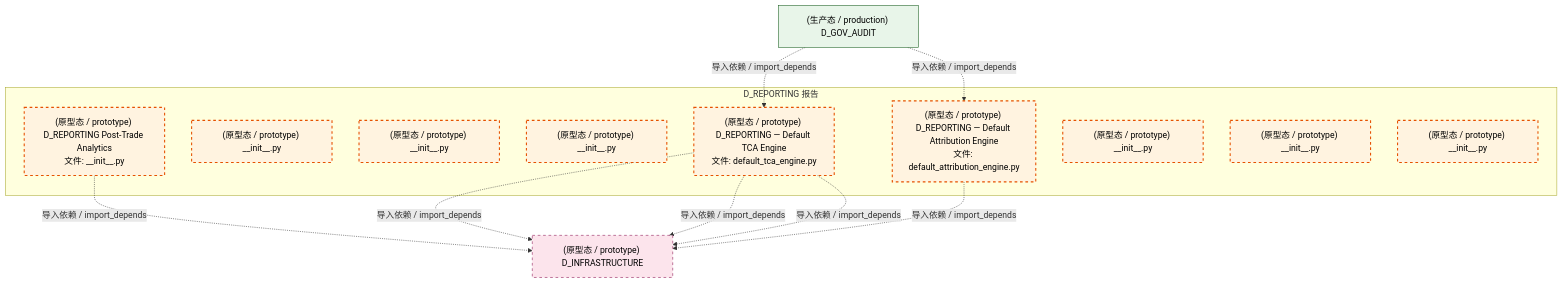
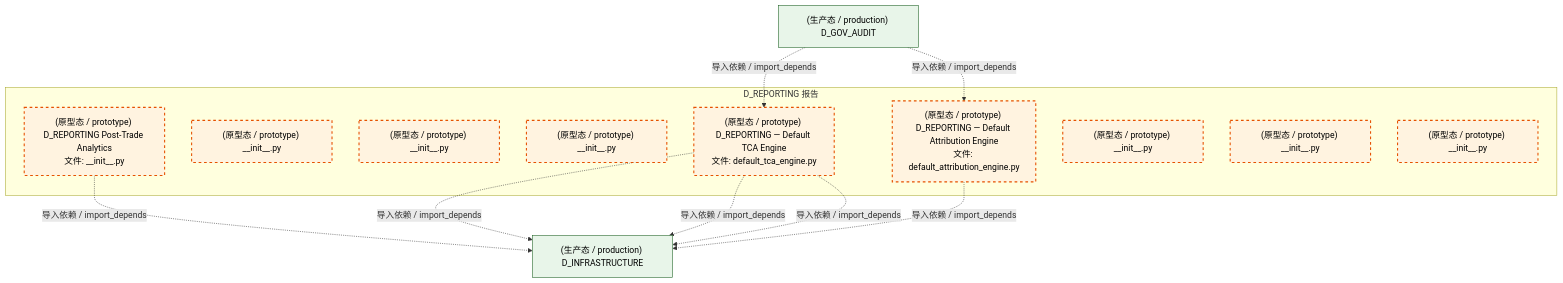
The third of 4 diagrams in docs/02_enterprise_architecture/02_domain_architecture_docs/23_d_reporting.md (xuanFelixVan/ZephyrAlpha), drawn with Mermaid before and after one commit. The commit also changed other lines of this file and 126 other files, not shown here.

````diff
--- a/docs/02_enterprise_architecture/02_domain_architecture_docs/23_d_reporting.md
+++ b/docs/02_enterprise_architecture/02_domain_architecture_docs/23_d_reporting.md
@@ -153,30 +153,29 @@
 ```mermaid
 graph TD
     subgraph D_REPORTING["D_REPORTING 报告"]
         src_zephyr_reporting_init_py["(原型态 / prototype) D_REPORTING Post-Trade Analytics<br/>文件: __init__.py"]
         src_zephyr_reporting_extensions_init_py["(原型态 / prototype) __init__.py"]
         src_zephyr_reporting_api_init_py["(原型态 / prototype) __init__.py"]
         src_zephyr_reporting_core_init_py["(原型态 / prototype) __init__.py"]
         src_zephyr_reporting_default_attribution_engine_py["(原型态 / prototype) D_REPORTING — Default Attribution Engine<br/>文件: default_attribution_engine.py"]
         src_zephyr_reporting_default_tca_engine_py["(原型态 / prototype) D_REPORTING — Default TCA Engine<br/>文件: default_tca_engine.py"]
         src_zephyr_reporting_infrastructure_init_py["(原型态 / prototype) __init__.py"]
         src_zephyr_reporting_models_init_py["(原型态 / prototype) __init__.py"]
         src_zephyr_reporting_services_init_py["(原型态 / prototype) __init__.py"]
     end
-    D_INFRASTRUCTURE["(原型态 / prototype) D_INFRASTRUCTURE"]
+    D_INFRASTRUCTURE["(生产态 / production) D_INFRASTRUCTURE"]
+    src_zephyr_reporting_init_py -.->|导入依赖 / import_depends| D_INFRASTRUCTURE
     src_zephyr_reporting_default_tca_engine_py -.->|导入依赖 / import_depends| D_INFRASTRUCTURE
-    src_zephyr_reporting_init_py -.->|导入依赖 / import_depends| D_INFRASTRUCTURE
     src_zephyr_reporting_default_tca_engine_py -.->|导入依赖 / import_depends| D_INFRASTRUCTURE
     src_zephyr_reporting_default_tca_engine_py -.->|导入依赖 / import_depends| D_INFRASTRUCTURE
     src_zephyr_reporting_default_attribution_engine_py -.->|导入依赖 / import_depends| D_INFRASTRUCTURE
     D_GOV_AUDIT["(生产态 / production) D_GOV_AUDIT"]
     D_GOV_AUDIT -.->|导入依赖 / import_depends| src_zephyr_reporting_default_tca_engine_py
     D_GOV_AUDIT -.->|导入依赖 / import_depends| src_zephyr_reporting_default_attribution_engine_py
     classDef production fill:#e1f5fe,stroke:#01579b,stroke-width:2px,color:#000
     classDef design fill:#fff3e0,stroke:#e65100,stroke-width:2px,color:#000,stroke-dasharray: 5 5
     classDef external_prod fill:#e8f5e9,stroke:#1b5e20,stroke-width:1px,color:#000
     classDef external_design fill:#fce4ec,stroke:#880e4f,stroke-width:1px,color:#000,stroke-dasharray: 5 5
     class src_zephyr_reporting_init_py,src_zephyr_reporting_extensions_init_py,src_zephyr_reporting_api_init_py,src_zephyr_reporting_core_init_py,src_zephyr_reporting_default_attribution_engine_py,src_zephyr_reporting_default_tca_engine_py,src_zephyr_reporting_infrastructure_init_py,src_zephyr_reporting_models_init_py,src_zephyr_reporting_services_init_py design
-    class D_GOV_AUDIT external_prod
-    class D_INFRASTRUCTURE external_design
+    class D_INFRASTRUCTURE,D_GOV_AUDIT external_prod
 ```
````
